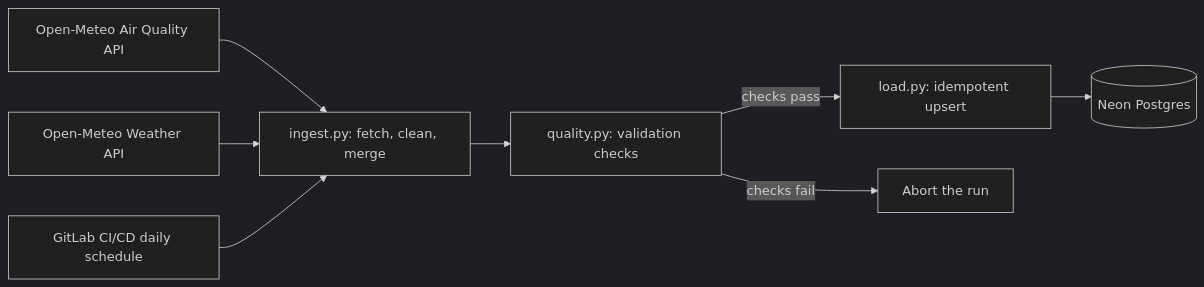
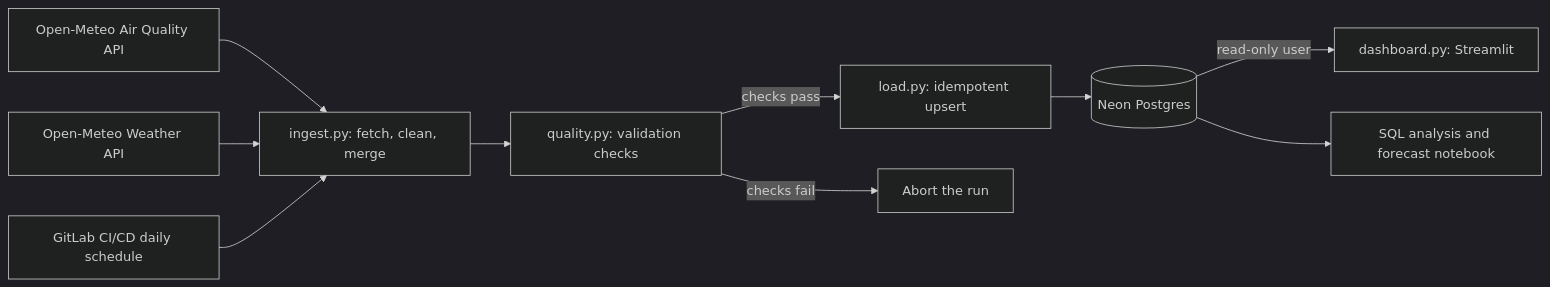
Before and after one commit to singhravjot199801-dot/delhi-air-quality-pipeline-and-dashboard: the diagram in README.md, drawn with Mermaid (dark theme). The commit also changed other lines of this file and 2 other files, not shown here.

Commit message:
Complete README with findings, forecast experiment and challenges

````diff
--- a/README.md
+++ b/README.md
@@ -11,10 +21,12 @@
 ```mermaid
 flowchart LR
     A[Open-Meteo Air Quality API] --> C[ingest.py: fetch, clean, merge]
     B[Open-Meteo Weather API] --> C
     C --> D[quality.py: validation checks]
     D -->|checks pass| E[load.py: idempotent upsert]
     D -->|checks fail| X[Abort the run]
     E --> F[(Neon Postgres)]
     G[GitLab CI/CD daily schedule] --> C
+    F -->|read-only user| H[dashboard.py: Streamlit]
+    F --> I[SQL analysis and forecast notebook]
 ```
````
